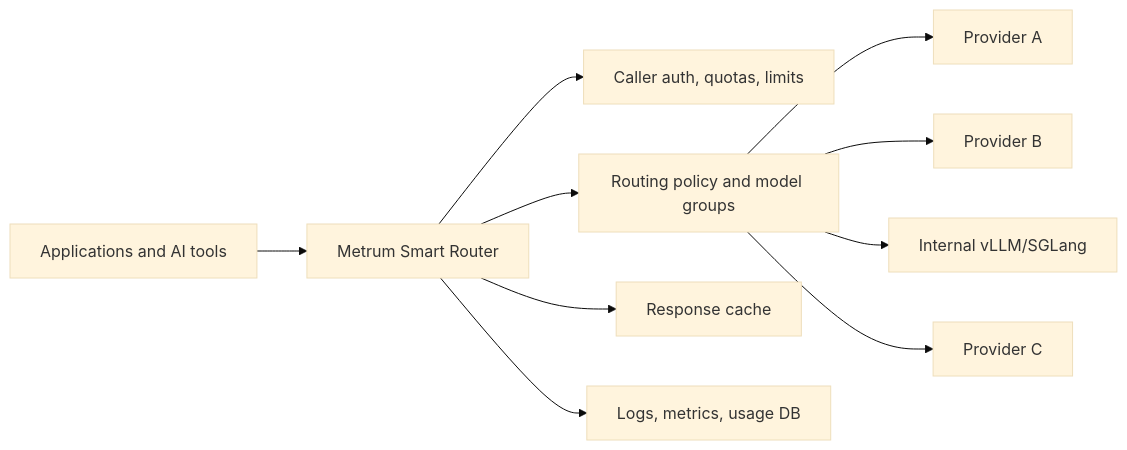
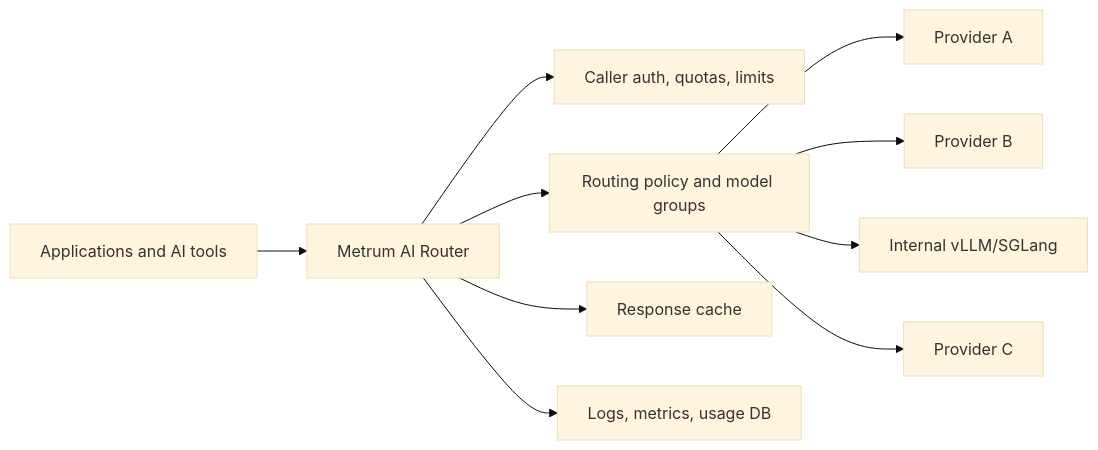
Before and after one commit to Metrum-AI-Products/genai-smart-router: the first of 7 diagrams in docs/solution-brief.md, drawn with Mermaid (base theme). The commit also changed other lines of this file and 92 other files, not shown here.

First line of the commit message:
docs: converge product name on Metrum AI Router (#120)

````diff
--- a/docs/solution-brief.md
+++ b/docs/solution-brief.md
@@ -15,12 +15,12 @@
 ```mermaid
 flowchart LR
-  App[Applications and AI tools] --> Router[Metrum Smart Router]
+  App[Applications and AI tools] --> Router[Metrum AI Router]
   Router --> Auth[Caller auth, quotas, limits]
   Router --> Policy[Routing policy and model groups]
   Router --> Cache[Response cache]
   Router --> Obs[Logs, metrics, usage DB]
   Policy --> P1[Provider A]
   Policy --> P2[Provider B]
   Policy --> P3[Internal vLLM/SGLang]
   Policy --> P4[Provider C]
 ```
````
